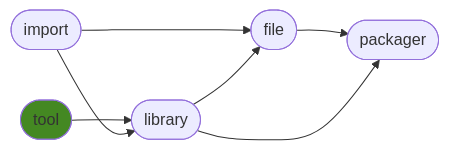
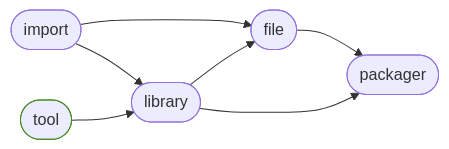
Before and after one commit to ManderaGeneral/generaltool: the diagram in README.md, drawn with Mermaid. The commit also changed other lines of this file, not shown here.

````diff
--- a/README.md
+++ b/README.md
@@ -23,15 +23,15 @@
 ```mermaid
 flowchart LR
 0([import]) --> 3([file])
+0([import]) --> 2([library])
+1([tool]) --> 2([library])
 3([file]) --> 4([packager])
-1([tool]) --> 2([library])
-0([import]) --> 2([library])
 2([library]) --> 4([packager])
 2([library]) --> 3([file])
 click 0 "https://github.com/ManderaGeneral/generalimport"
 click 1 "https://github.com/ManderaGeneral/generaltool"
 click 2 "https://github.com/ManderaGeneral/generallibrary"
 click 3 "https://github.com/ManderaGeneral/generalfile"
 click 4 "https://github.com/ManderaGeneral/generalpackager"
-style 1 fill:#482
+style 1 stroke:#482
 ```
````
